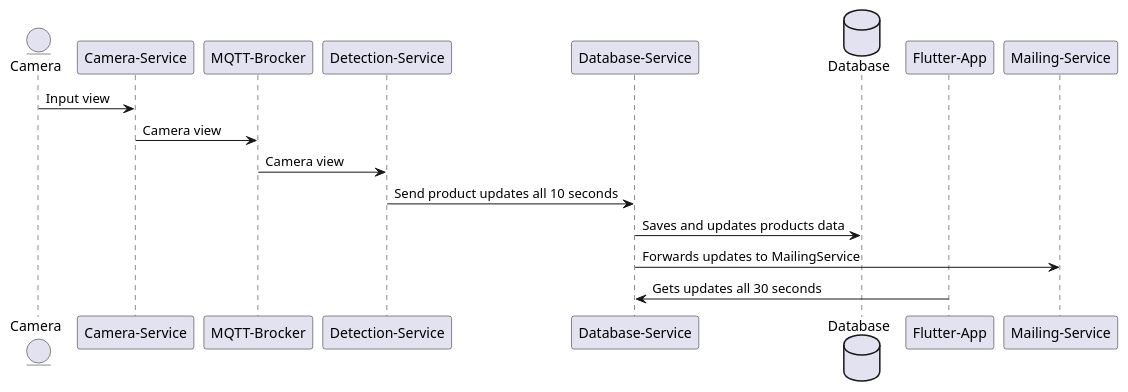
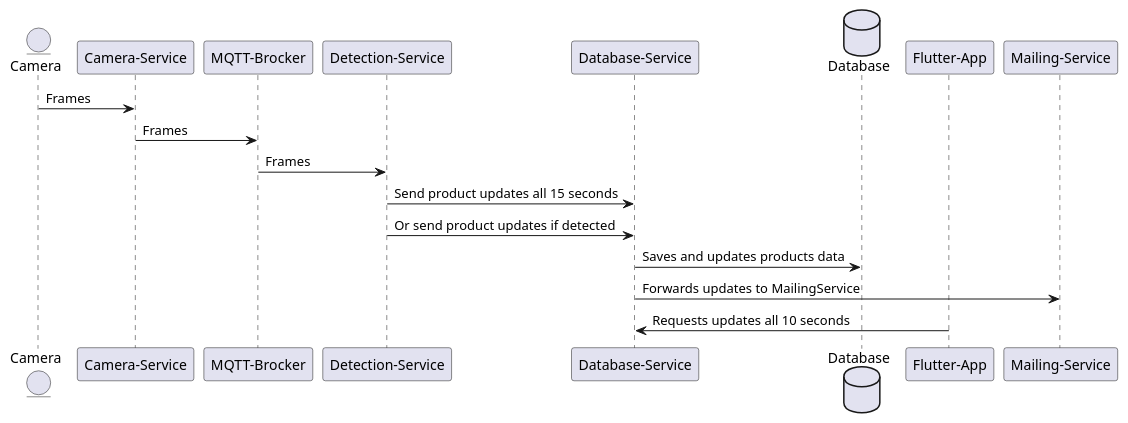
One commit to Marcey1611/stock-tracker-project-sysad-ws2425 changed the diagram in doc/documentation/uml/sequence_diagram.puml. Above: the diagram before and after it, drawn with PlantUML. The commit also changed 1 other file, not shown here.

Commit message:
SYSAD-54: Updated diagrams

```diff
--- a/doc/documentation/uml/sequence_diagram.puml
+++ b/doc/documentation/uml/sequence_diagram.puml
@@ -1,21 +1,19 @@
 @startuml
-
 entity "Camera" as Camera
 participant "Camera-Service" as CameraService
 participant "MQTT-Brocker" as MQTTBrocker
 participant "Detection-Service" as DetectionService
 participant "Database-Service" as DatabaseService
 database "Database" as Database
 participant "Flutter-App" as FlutterApp
 participant "Mailing-Service" as MailingService
 
-Camera -> CameraService: Input view
-CameraService -> MQTTBrocker: Camera view
-MQTTBrocker -> DetectionService: Camera view
-DetectionService -> DatabaseService: Send product updates all 10 seconds
+Camera -> CameraService: Frames
+CameraService -> MQTTBrocker: Frames
+MQTTBrocker -> DetectionService: Frames
+DetectionService -> DatabaseService: Send product updates all 15 seconds
+DetectionService -> DatabaseService: Or send product updates if detected
 DatabaseService -> Database: Saves and updates products data
 DatabaseService -> MailingService: Forwards updates to MailingService
-FlutterApp -> DatabaseService: Gets updates all 30 seconds 
-
-
+FlutterApp -> DatabaseService: Requests updates all 10 seconds
 @enduml
```
